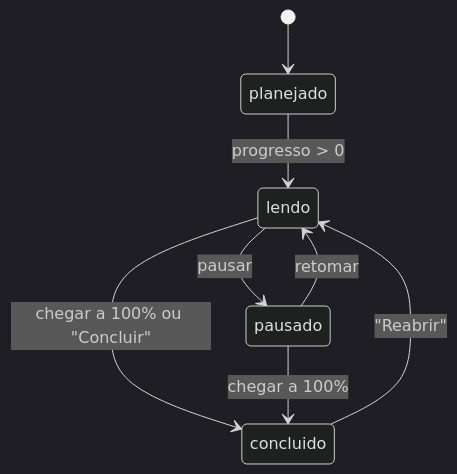
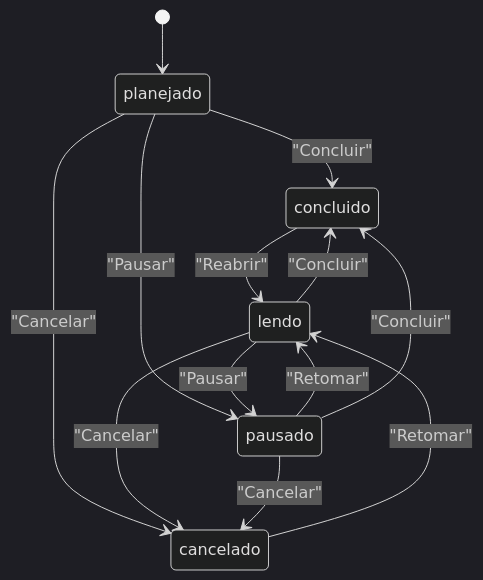
One commit to chronos-atalante/chronos-biblioteca changed the second of 5 diagrams in README.md. Above: the diagram before and after it, drawn with Mermaid (dark theme). The commit also changed other lines of this file and 9 other files, not shown here.

````diff
--- a/README.md
+++ b/README.md
@@ -183,10 +184,15 @@
 ```mermaid
 stateDiagram-v2
     [*] --> planejado
-    planejado --> lendo: progresso > 0
-    lendo --> pausado: pausar
-    pausado --> lendo: retomar
-    lendo --> concluido: chegar a 100% ou "Concluir"
-    pausado --> concluido: chegar a 100%
+    planejado --> concluido: "Concluir"
+    planejado --> pausado: "Pausar"
+    planejado --> cancelado: "Cancelar"
+    lendo --> concluido: "Concluir"
+    lendo --> pausado: "Pausar"
+    lendo --> cancelado: "Cancelar"
+    pausado --> lendo: "Retomar"
+    pausado --> concluido: "Concluir"
+    pausado --> cancelado: "Cancelar"
+    cancelado --> lendo: "Retomar"
     concluido --> lendo: "Reabrir"
 ```
````
